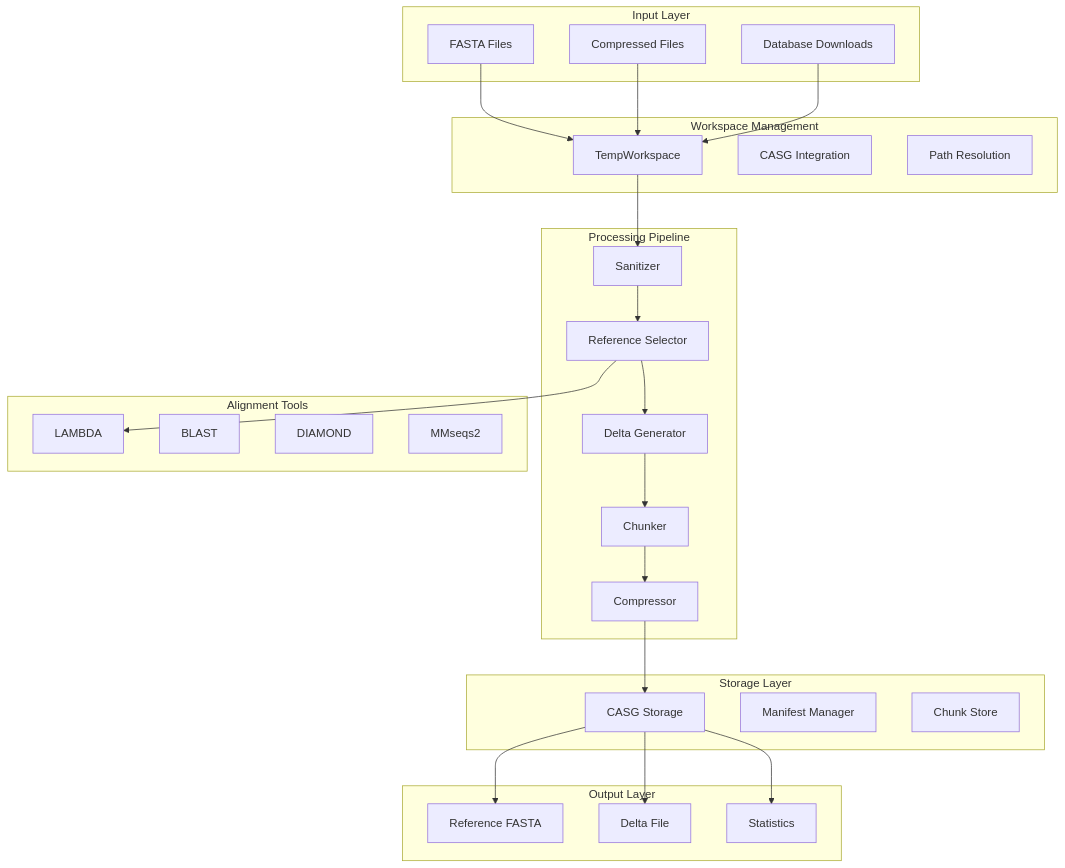
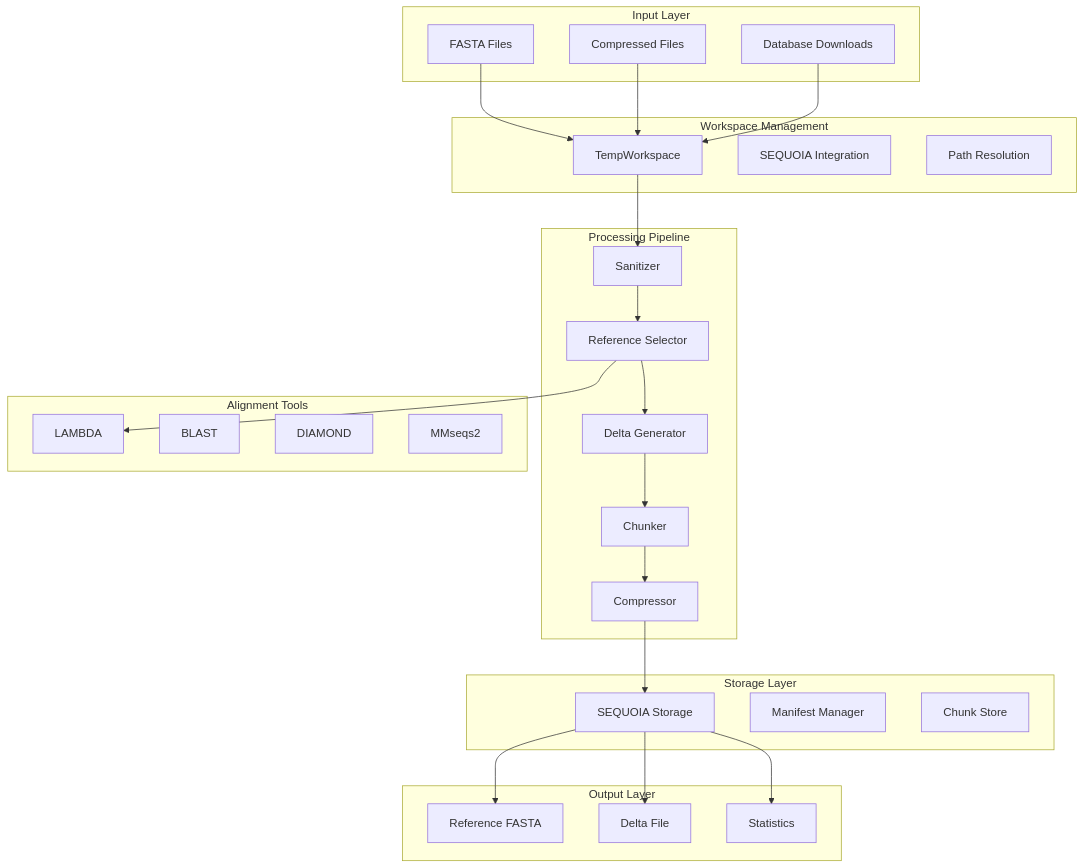
Before and after one commit to bfowle/talaria: the diagram in docs/src/architecture/reduction-pipeline.md, drawn with Mermaid. The commit also changed other lines of this file and 472 other files, not shown here.

Commit message:
refactor!: major architectural overhaul of core systems

````diff
--- a/docs/src/architecture/reduction-pipeline.md
+++ b/docs/src/architecture/reduction-pipeline.md
@@ -9,57 +9,57 @@
 ```mermaid
 graph TB
     subgraph "Input Layer"
         I1[FASTA Files]
         I2[Compressed Files]
         I3[Database Downloads]
     end
 
     subgraph "Workspace Management"
         W1[TempWorkspace]
-        W2[CASG Integration]
+        W2[SEQUOIA Integration]
         W3[Path Resolution]
     end
 
     subgraph "Processing Pipeline"
         P1[Sanitizer]
         P2[Reference Selector]
         P3[Delta Generator]
         P4[Chunker]
         P5[Compressor]
     end
 
     subgraph "Alignment Tools"
         A1[LAMBDA]
         A2[BLAST]
         A3[DIAMOND]
         A4[MMseqs2]
     end
 
     subgraph "Storage Layer"
-        S1[CASG Storage]
+        S1[SEQUOIA Storage]
         S2[Manifest Manager]
         S3[Chunk Store]
     end
 
     subgraph "Output Layer"
         O1[Reference FASTA]
         O2[Delta File]
         O3[Statistics]
     end
 
     I1 --> W1
     I2 --> W1
     I3 --> W1
 
     W1 --> P1
     P1 --> P2
     P2 --> A1
     P2 --> P3
     P3 --> P4
     P4 --> P5
     P5 --> S1
 
     S1 --> O1
     S1 --> O2
     S1 --> O3
 ```
````
